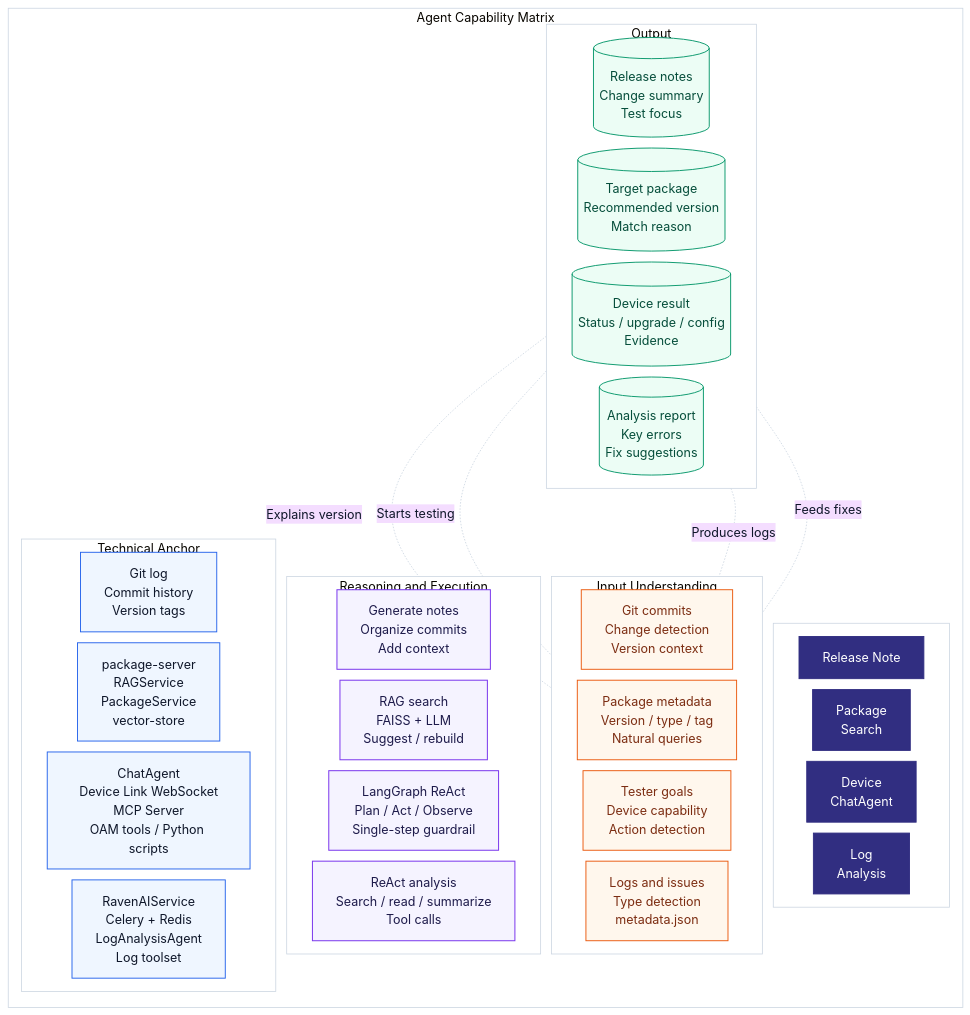
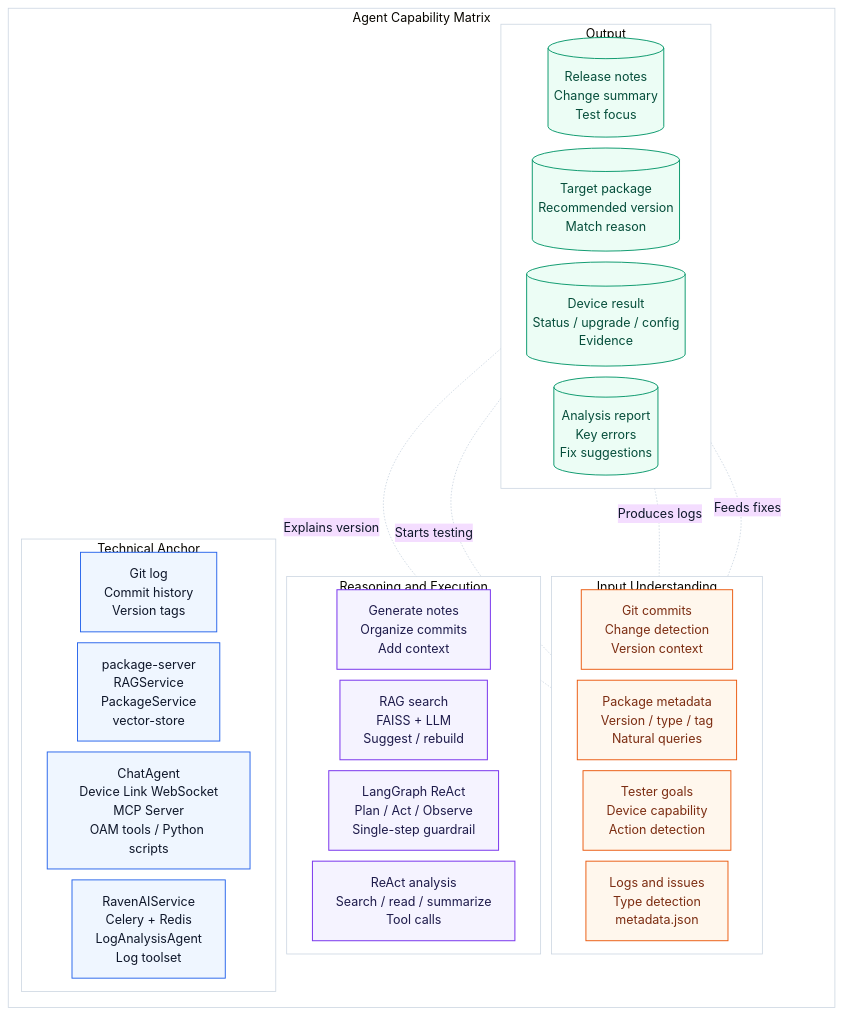
Before and after one commit to visiontrail/RavenAI: the fourth of 4 diagrams in README.md, drawn with Mermaid. The commit also changed 1 other file, not shown here.

Commit message:
chore: remove unused subgraph from Agent Capability Matrix in README files

````diff
--- a/README.md
+++ b/README.md
@@ -148,69 +148,61 @@
 ```mermaid
 %% Suggested export canvas: 1200x900 or 1600x1200, 4:3
 %% Topic: RavenAI agent capabilities
 %%{init: {"theme": "base", "flowchart": {"htmlLabels": true, "nodeSpacing": 14, "rankSpacing": 16, "curve": "basis"}, "themeVariables": {"fontFamily": "Arial, Microsoft YaHei", "primaryTextColor": "#0F172A", "lineColor": "#CBD5E1", "clusterBkg": "#FFFFFF", "clusterBorder": "#CBD5E1"}}}%%
 
 flowchart TB
 
 subgraph M["Agent Capability Matrix"]
 direction TB
-
-  subgraph H[" "]
-  direction LR
-    H1["Release Note"]
-    H2["Package<br/>Search"]
-    H3["Device<br/>ChatAgent"]
-    H4["Log<br/>Analysis"]
-  end
 
   subgraph R1["Input Understanding"]
   direction LR
     A1["Git commits<br/>Change detection<br/>Version context"]
     A2["Package metadata<br/>Version / type / tag<br/>Natural queries"]
     A3["Tester goals<br/>Device capability<br/>Action detection"]
     A4["Logs and issues<br/>Type detection<br/>metadata.json"]
   end
 
   subgraph R2["Reasoning and Execution"]
   direction LR
     B1["Generate notes<br/>Organize commits<br/>Add context"]
     B2["RAG search<br/>FAISS + LLM<br/>Suggest / rebuild"]
     B3["LangGraph ReAct<br/>Plan / Act / Observe<br/>Single-step guardrail"]
     B4["ReAct analysis<br/>Search / read / summarize<br/>Tool calls"]
   end
 
   subgraph R3["Technical Anchor"]
   direction LR
     C1["Git log<br/>Commit history<br/>Version tags"]
     C2["package-server<br/>RAGService<br/>PackageService<br/>vector-store"]
     C3["ChatAgent<br/>Device Link WebSocket<br/>MCP Server<br/>OAM tools / Python scripts"]
     C4["RavenAIService<br/>Celery + Redis<br/>LogAnalysisAgent<br/>Log toolset"]
   end
 
   subgraph R4["Output"]
   direction LR
     D1[("Release notes<br/>Change summary<br/>Test focus")]
     D2[("Target package<br/>Recommended version<br/>Match reason")]
     D3[("Device result<br/>Status / upgrade / config<br/>Evidence")]
     D4[("Analysis report<br/>Key errors<br/>Fix suggestions")]
   end
 
 end
 
 D1 -. "Explains version" .- A2
 D2 -. "Starts testing" .- A3
 D3 -. "Produces logs" .- A4
 D4 -. "Feeds fixes" .- A1
 
 classDef head fill:#312E81,stroke:#312E81,stroke-width:1.2px,color:#FFFFFF;
 classDef input fill:#FFF7ED,stroke:#EA580C,stroke-width:1.2px,color:#7C2D12;
 classDef agent fill:#F5F3FF,stroke:#7C3AED,stroke-width:1.3px,color:#1E1B4B;
 classDef tech fill:#EFF6FF,stroke:#2563EB,stroke-width:1.2px,color:#0F172A;
 classDef output fill:#ECFDF5,stroke:#059669,stroke-width:1.2px,color:#064E3B;
 
 class H1,H2,H3,H4 head;
 class A1,A2,A3,A4 input;
 class B1,B2,B3,B4 agent;
 class C1,C2,C3,C4 tech;
 class D1,D2,D3,D4 output;
 ```
````
